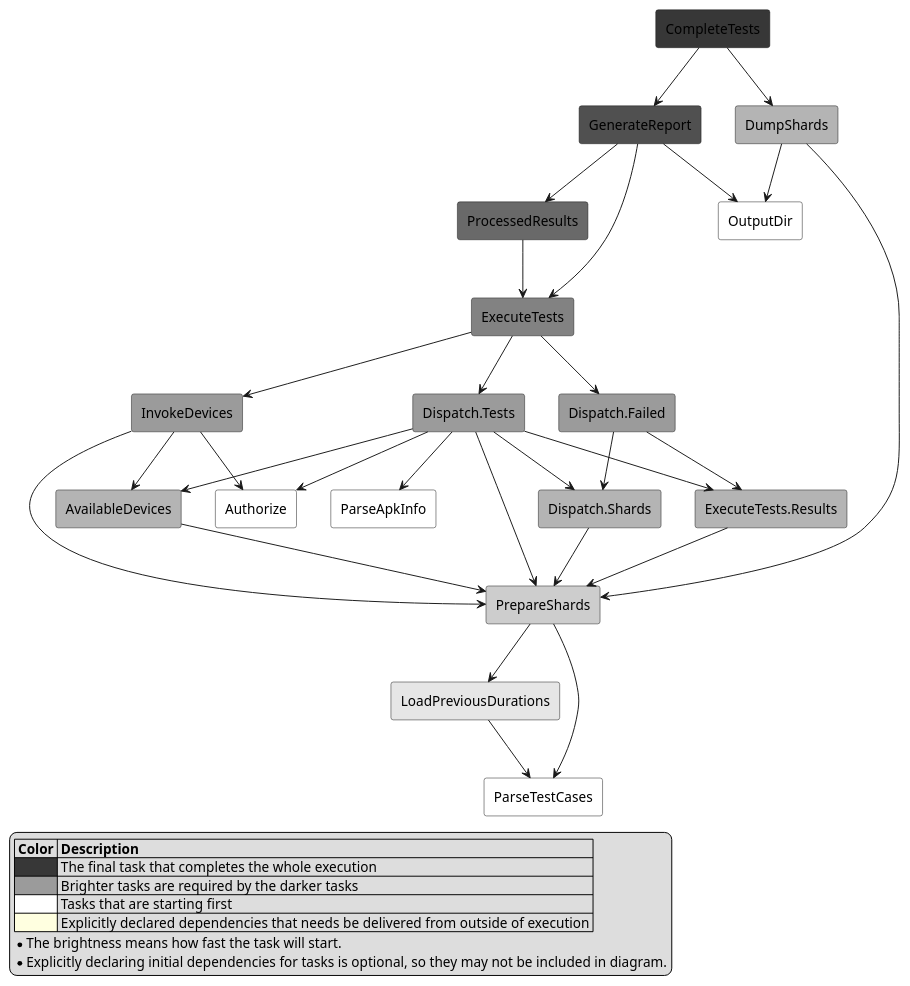
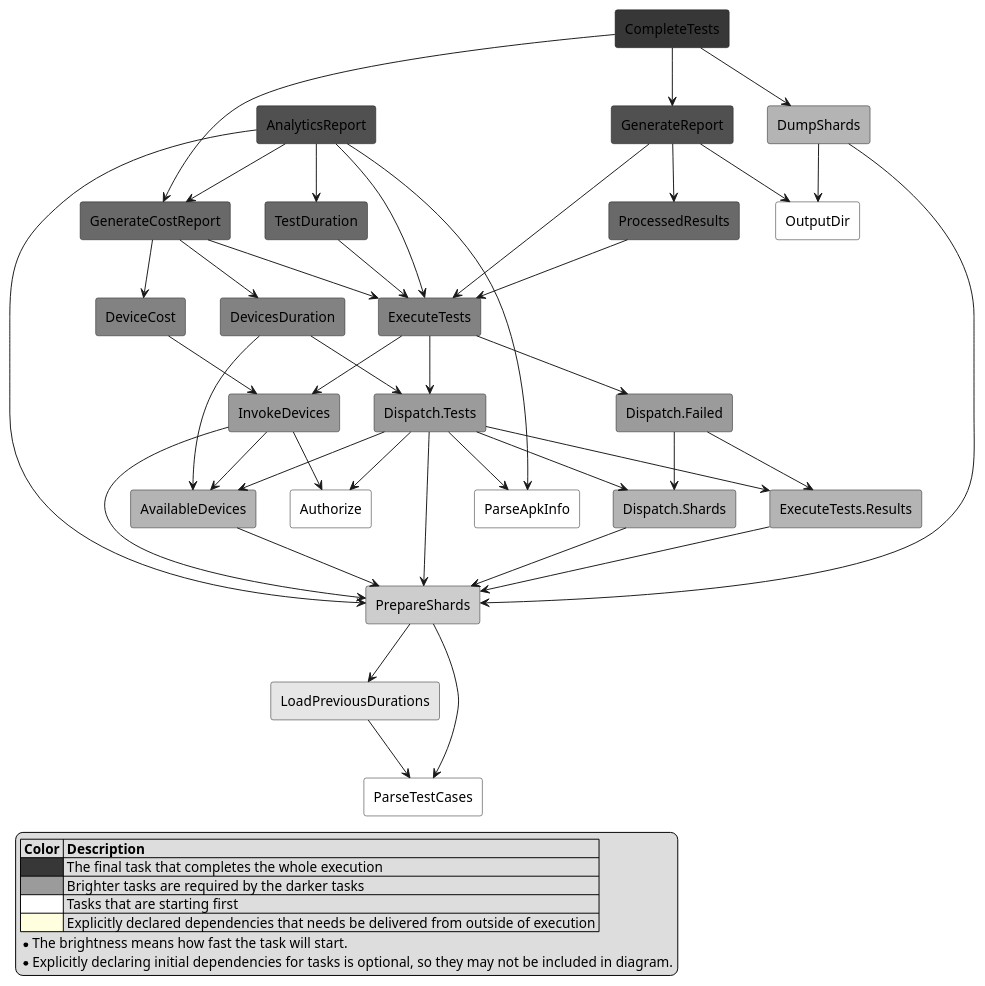
Before and after one commit to Flank/flank: the diagram in corellium/domain/TestAndroid-execute.puml, drawn with PlantUML. The commit also changed 38 other files, not shown here.

```diff
--- a/corellium/domain/TestAndroid-execute.puml
+++ b/corellium/domain/TestAndroid-execute.puml
@@ -1,62 +1,80 @@
 @startuml
 
 skinparam componentStyle rectangle
 
 legend left
   |= Color |= Description |
   |<#373737>| The final task that completes the whole execution |
   |<#9b9b9b>| Brighter tasks are required by the darker tasks |
   |<#ffffff>| Tasks that are starting first |
   |<#LightYellow>| Explicitly declared dependencies that needs be delivered from outside of execution |
   * The brightness means how fast the task will start.
   * Explicitly declaring initial dependencies for tasks is optional, so they may not be included in diagram.
 end legend
 
 [Authorize] #ffffff
 [OutputDir] #ffffff
 [ParseApkInfo] #ffffff
 [ParseTestCases] #ffffff
 [LoadPreviousDurations] #e6e6e6
 [PrepareShards] #cdcdcd
 [AvailableDevices] #b4b4b4
 [Dispatch.Shards] #b4b4b4
 [DumpShards] #b4b4b4
 [ExecuteTests.Results] #b4b4b4
 [Dispatch.Failed] #9b9b9b
 [Dispatch.Tests] #9b9b9b
 [InvokeDevices] #9b9b9b
+[DevicesDuration] #828282
 [ExecuteTests] #828282
+[DeviceCost] #828282
+[TestDuration] #696969
+[GenerateCostReport] #696969
 [ProcessedResults] #696969
 [GenerateReport] #505050
+[AnalyticsReport] #505050
 [CompleteTests] #373737
 
 [AvailableDevices] --> [PrepareShards]
+[DevicesDuration] --> [AvailableDevices]
+[DevicesDuration] --> [Dispatch.Tests]
+[TestDuration] --> [ExecuteTests]
 [Dispatch.Failed] --> [Dispatch.Shards]
 [Dispatch.Failed] --> [ExecuteTests.Results]
 [Dispatch.Shards] --> [PrepareShards]
 [Dispatch.Tests] --> [ParseApkInfo]
 [Dispatch.Tests] --> [Authorize]
 [Dispatch.Tests] --> [PrepareShards]
 [Dispatch.Tests] --> [AvailableDevices]
 [Dispatch.Tests] --> [Dispatch.Shards]
 [Dispatch.Tests] --> [ExecuteTests.Results]
 [DumpShards] --> [PrepareShards]
 [DumpShards] --> [OutputDir]
 [ExecuteTests] --> [InvokeDevices]
 [ExecuteTests] --> [Dispatch.Tests]
 [ExecuteTests] --> [Dispatch.Failed]
+[DeviceCost] --> [InvokeDevices]
 [CompleteTests] --> [GenerateReport]
+[CompleteTests] --> [GenerateCostReport]
 [CompleteTests] --> [DumpShards]
+[GenerateCostReport] --> [ExecuteTests]
+[GenerateCostReport] --> [DevicesDuration]
+[GenerateCostReport] --> [DeviceCost]
 [GenerateReport] --> [ExecuteTests]
 [GenerateReport] --> [ProcessedResults]
 [GenerateReport] --> [OutputDir]
 [ExecuteTests.Results] --> [PrepareShards]
 [InvokeDevices] --> [Authorize]
 [InvokeDevices] --> [PrepareShards]
 [InvokeDevices] --> [AvailableDevices]
 [LoadPreviousDurations] --> [ParseTestCases]
 [PrepareShards] --> [ParseTestCases]
 [PrepareShards] --> [LoadPreviousDurations]
 [ProcessedResults] --> [ExecuteTests]
+[AnalyticsReport] --> [PrepareShards]
+[AnalyticsReport] --> [ParseApkInfo]
+[AnalyticsReport] --> [ExecuteTests]
+[AnalyticsReport] --> [GenerateCostReport]
+[AnalyticsReport] --> [TestDuration]
 
 @enduml
```
